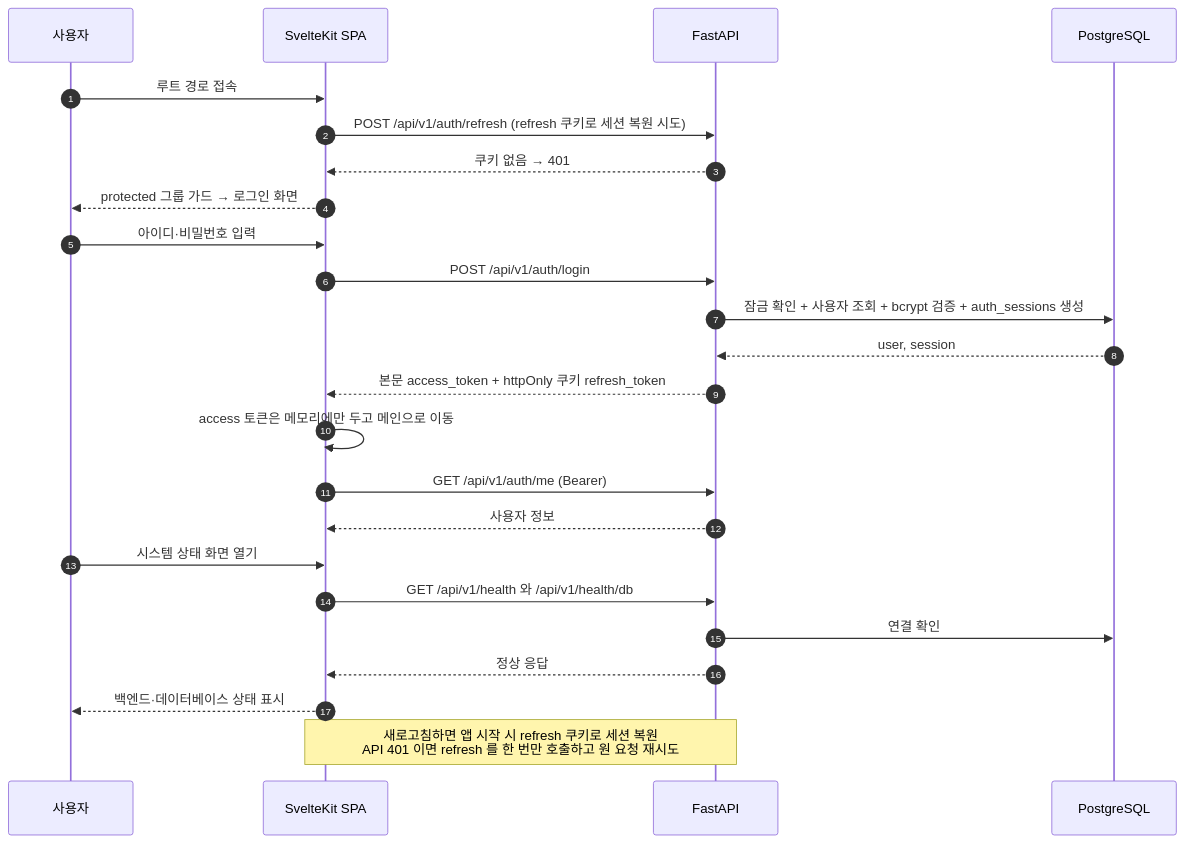
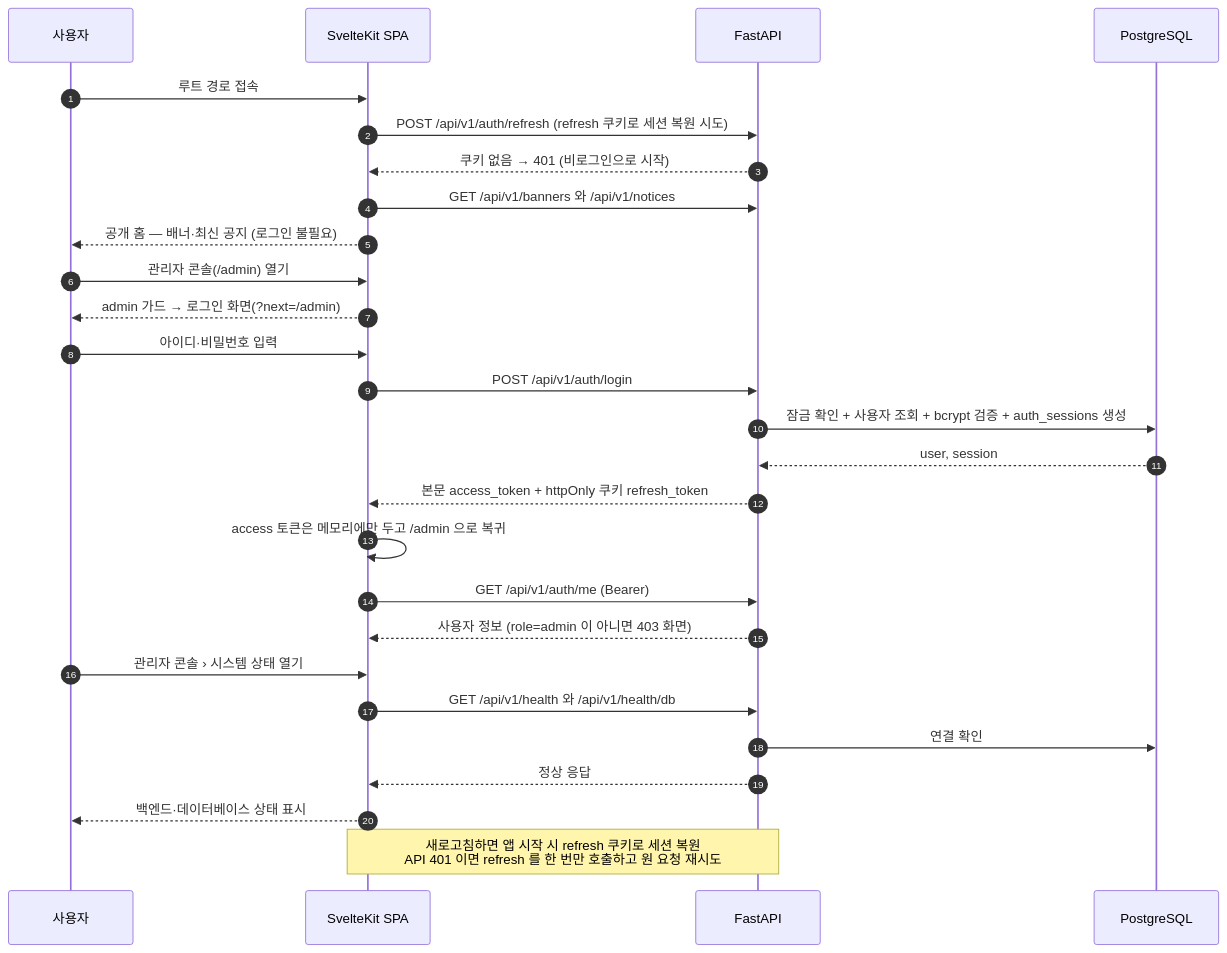
One commit to al8bright/fastapi-svelte-pg-starter changed the third of 4 diagrams in README.md. Above: the diagram before and after it, drawn with Mermaid. The commit also changed other lines of this file and 113 other files, not shown here.

First line of the commit message:
[Behavioral] feat: 사용자 화면·관리자 콘솔 분리, 자체 리치 에디터

````diff
--- a/README.md
+++ b/README.md
@@ -96,27 +97,30 @@
 ```mermaid
 sequenceDiagram
     autonumber
     participant U as 사용자
     participant F as SvelteKit SPA
     participant A as FastAPI
     participant D as PostgreSQL
 
     U->>F: 루트 경로 접속
     F->>A: POST /api/v1/auth/refresh (refresh 쿠키로 세션 복원 시도)
-    A-->>F: 쿠키 없음 → 401
-    F-->>U: protected 그룹 가드 → 로그인 화면
+    A-->>F: 쿠키 없음 → 401 (비로그인으로 시작)
+    F->>A: GET /api/v1/banners 와 /api/v1/notices
+    F-->>U: 공개 홈 — 배너·최신 공지 (로그인 불필요)
+    U->>F: 관리자 콘솔(/admin) 열기
+    F-->>U: admin 가드 → 로그인 화면(?next=/admin)
     U->>F: 아이디·비밀번호 입력
     F->>A: POST /api/v1/auth/login
     A->>D: 잠금 확인 + 사용자 조회 + bcrypt 검증 + auth_sessions 생성
     D-->>A: user, session
     A-->>F: 본문 access_token + httpOnly 쿠키 refresh_token
-    F->>F: access 토큰은 메모리에만 두고 메인으로 이동
+    F->>F: access 토큰은 메모리에만 두고 /admin 으로 복귀
     F->>A: GET /api/v1/auth/me (Bearer)
-    A-->>F: 사용자 정보
-    U->>F: 시스템 상태 화면 열기
+    A-->>F: 사용자 정보 (role=admin 이 아니면 403 화면)
+    U->>F: 관리자 콘솔 › 시스템 상태 열기
     F->>A: GET /api/v1/health 와 /api/v1/health/db
     A->>D: 연결 확인
     A-->>F: 정상 응답
     F-->>U: 백엔드·데이터베이스 상태 표시
     Note over F,A: 새로고침하면 앱 시작 시 refresh 쿠키로 세션 복원<br/>API 401 이면 refresh 를 한 번만 호출하고 원 요청 재시도
 ```
````
